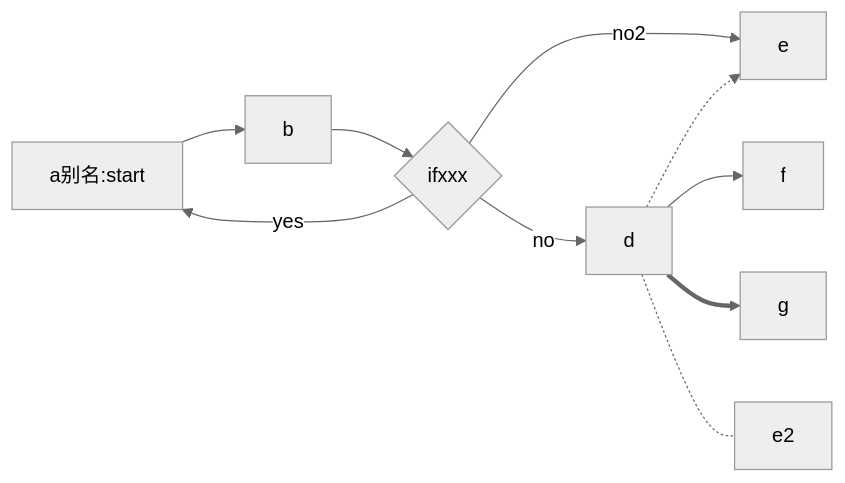
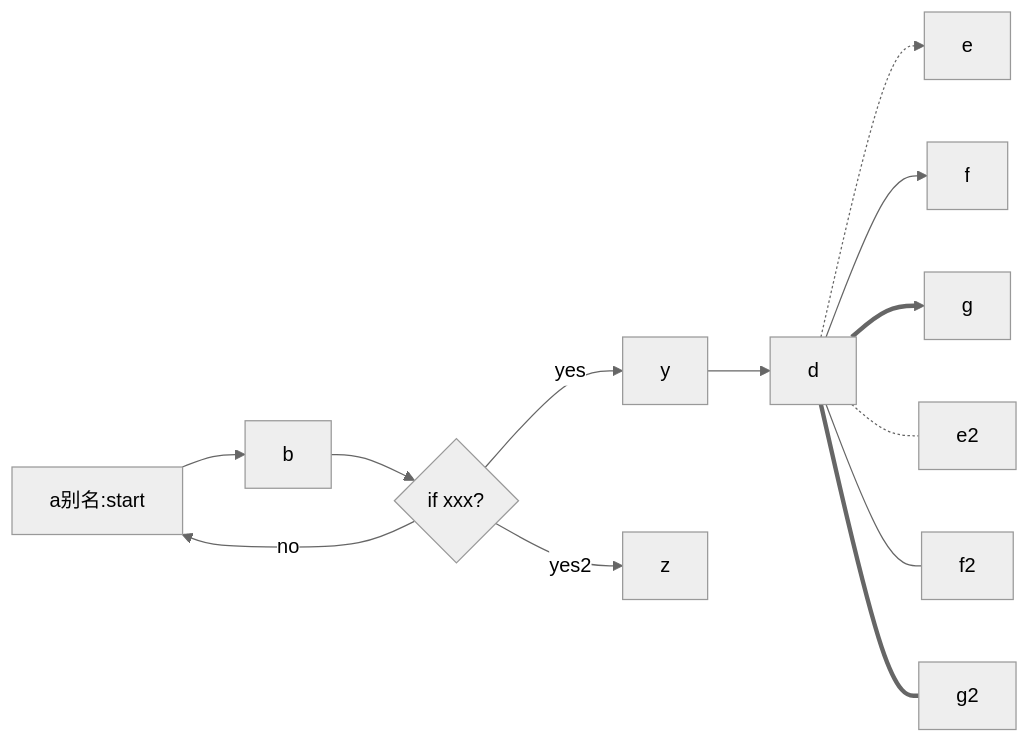
Before and after one commit to norven63/MyObsidian: the first of 3 diagrams in 13沉淀笔记/MarkDown流程图示例.md, drawn with Mermaid (neutral theme).

Commit message:
auto commit

````diff
--- a/13沉淀笔记/MarkDown流程图示例.md
+++ b/13沉淀笔记/MarkDown流程图示例.md
@@ -9,13 +9,15 @@
 ```mermaid
 flowchart LR
 	a[a别名:start]-->b
-	b-->c{ifxxx}
-	c-->|yes|a
-	c-->|no|d
-	c-->|no2|e
+	b-->c{if xxx?}
+	c-->|no|a
+	c-->|yes|y
+	c-->|yes2|z
+	y-->d
 	d-.->e
 	d-->f
 	d==>g
 	d-.-e2
-	d
+	d---f2
+	d===g2
 ```
````
